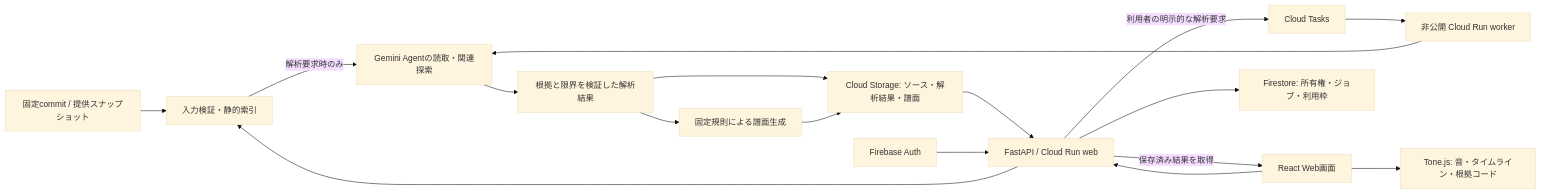
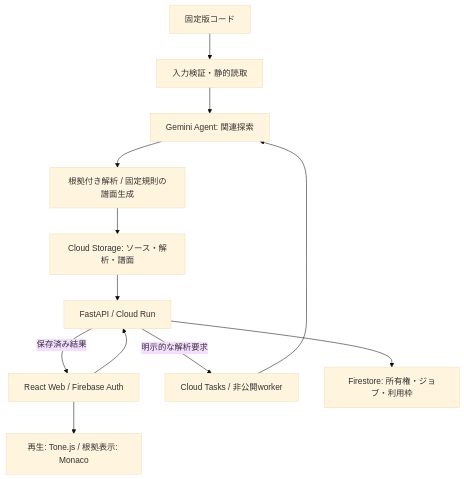
Before and after one commit to kdoai/code-groove: the first of 2 diagrams in README.md, drawn with Mermaid (base theme). The commit also changed other lines of this file, not shown here.

Commit message:
docs: keep README diagrams readable at document width

````diff
--- a/README.md
+++ b/README.md
@@ -78,19 +78,14 @@
 ```mermaid
-flowchart LR
-  Input[固定commit / 提供スナップショット] --> Read[入力検証・静的索引]
-  Web[React Web画面] --> API[FastAPI / Cloud Run web]
-  API --> Read
-  API -->|利用者の明示的な解析要求| Tasks[Cloud Tasks]
-  Tasks --> Worker[非公開 Cloud Run worker]
-  Read -->|解析要求時のみ| Agent[Gemini Agentの読取・関連探索]
-  Worker --> Agent
-  Agent --> Evidence[根拠と限界を検証した解析結果]
-  Evidence --> Score[固定規則による譜面生成]
-  Evidence --> Store[Cloud Storage: ソース・解析結果・譜面]
-  Score --> Store
+flowchart TB
+  Code[固定版コード] --> Read[入力検証・静的読取]
+  Web[React Web / Firebase Auth] --> API[FastAPI / Cloud Run]
+  API -->|明示的な解析要求| Job[Cloud Tasks / 非公開worker]
+  Job --> Agent[Gemini Agent: 関連探索]
+  Read --> Agent
+  Agent --> Result[根拠付き解析 / 固定規則の譜面生成]
+  Result --> Store[Cloud Storage: ソース・解析・譜面]
   Store --> API
-  API -->|保存済み結果を取得| Web
-  Web --> Play[Tone.js: 音・タイムライン・根拠コード]
-  Auth[Firebase Auth] --> API
+  API -->|保存済み結果| Web
+  Web --> Play[再生: Tone.js / 根拠表示: Monaco]
   API --> Meta[Firestore: 所有権・ジョブ・利用枠]
 ```
````
